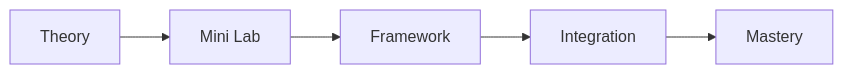
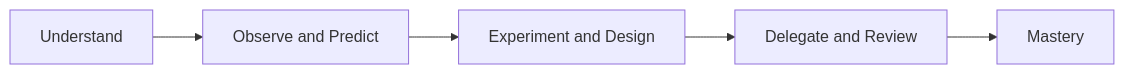
The first of 2 diagrams in docs/05_IMPLEMENTATION.md (kienng221105/MathAgents_MATHK), drawn with Mermaid before and after one commit. The commit also changed other lines of this file, not shown here.

````diff
--- a/docs/05_IMPLEMENTATION.md
+++ b/docs/05_IMPLEMENTATION.md
@@ -15,7 +15,7 @@
 ```mermaid
 flowchart LR
- T["Theory"] --> L["Mini Lab"]
- L --> F["Framework"]
- F --> I["Integration"]
+ T["Understand"] --> L["Observe and Predict"]
+ L --> F["Experiment and Design"]
+ F --> I["Delegate and Review"]
  I --> M["Mastery"]
 ```
````
